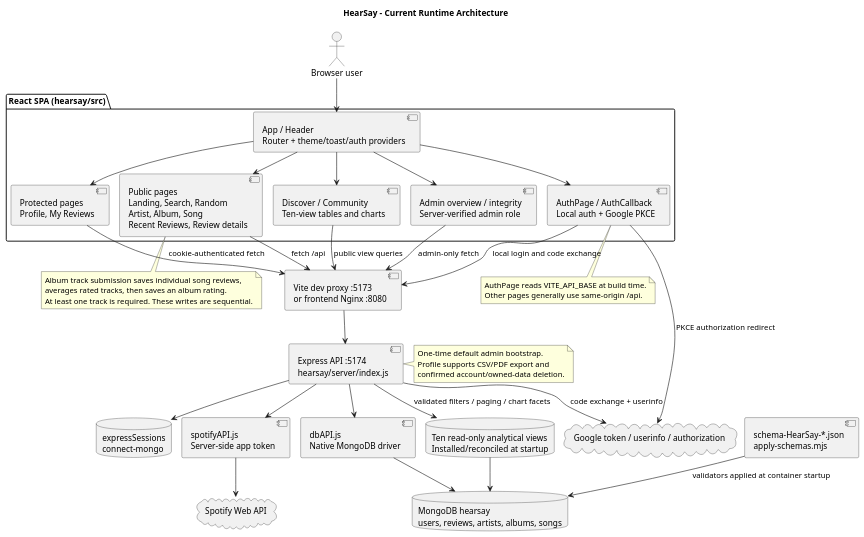
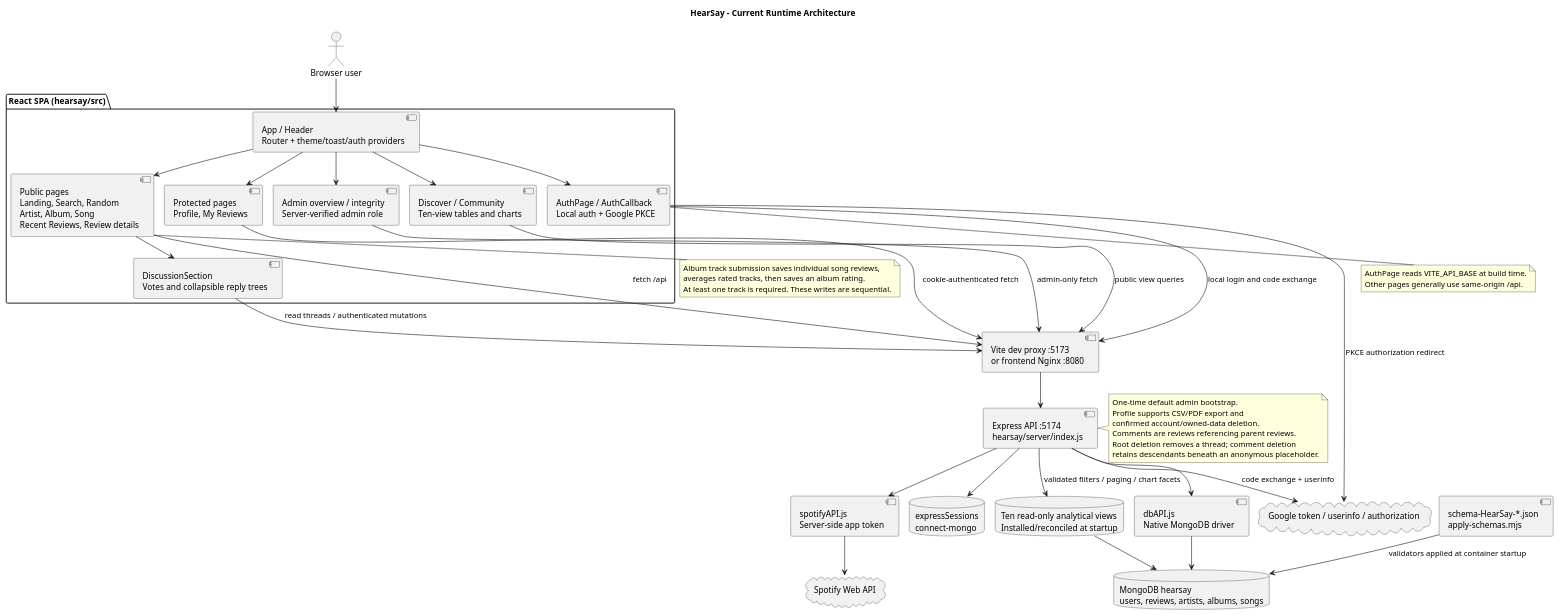
Before and after one commit to Data-strucures-finalProject/HearSay: the diagram in docs/site-diagram.puml, drawn with PlantUML. The commit also changed 66 other files, not shown here.

```diff
--- a/docs/site-diagram.puml
+++ b/docs/site-diagram.puml
@@ -1,59 +1,65 @@
 @startuml HearSayCurrent
 !pragma layout smetana
 title HearSay - Current Runtime Architecture
 actor "Browser user" as User
 package "React SPA (hearsay/src)" {
   component "App / Header\nRouter + theme/toast/auth providers" as App
   component "Public pages\nLanding, Search, Random\nArtist, Album, Song\nRecent Reviews, Review details" as Public
   component "Protected pages\nProfile, My Reviews" as Protected
   component "Admin overview / integrity\nServer-verified admin role" as Admin
   component "Discover / Community\nTen-view tables and charts" as Insights
+  component "DiscussionSection\nVotes and collapsible reply trees" as Discussion
   component "AuthPage / AuthCallback\nLocal auth + Google PKCE" as Auth
 }
 component "Vite dev proxy :5173\nor frontend Nginx :8080" as Proxy
 component "Express API :5174\nhearsay/server/index.js" as API
 component "dbAPI.js\nNative MongoDB driver" as DBAPI
 component "spotifyAPI.js\nServer-side app token" as SpotifyAPI
 database "MongoDB hearsay\nusers, reviews, artists, albums, songs" as Data
 database "expressSessions\nconnect-mongo" as Sessions
 database "Ten read-only analytical views\nInstalled/reconciled at startup" as Views
 cloud "Spotify Web API" as Spotify
 cloud "Google token / userinfo / authorization" as Google
 component "schema-HearSay-*.json\napply-schemas.mjs" as Schemas
 User --> App
 App --> Public
 App --> Protected
 App --> Admin
 App --> Insights
 Insights --> Proxy : public view queries
 App --> Auth
 Public --> Proxy : fetch /api
+Public --> Discussion
+Discussion --> Proxy : read threads / authenticated mutations
 Protected --> Proxy : cookie-authenticated fetch
 Admin --> Proxy : admin-only fetch
 Auth --> Proxy : local login and code exchange
 Auth --> Google : PKCE authorization redirect
 Proxy --> API
 API --> DBAPI
 DBAPI --> Data
 API --> Views : validated filters / paging / chart facets
 Views --> Data
 API --> Sessions
 note right of API
  One-time default admin bootstrap.
  Profile supports CSV/PDF export and
  confirmed account/owned-data deletion.
+ Comments are reviews referencing parent reviews.
+ Root deletion removes a thread; comment deletion
+ retains descendants beneath an anonymous placeholder.
 end note
 API --> SpotifyAPI
 SpotifyAPI --> Spotify
 API --> Google : code exchange + userinfo
 Schemas --> Data : validators applied at container startup
 note bottom of Public
  Album track submission saves individual song reviews,
  averages rated tracks, then saves an album rating.
  At least one track is required. These writes are sequential.
 end note
 note bottom of Auth
  AuthPage reads VITE_API_BASE at build time.
  Other pages generally use same-origin /api.
 end note
 @enduml
```
